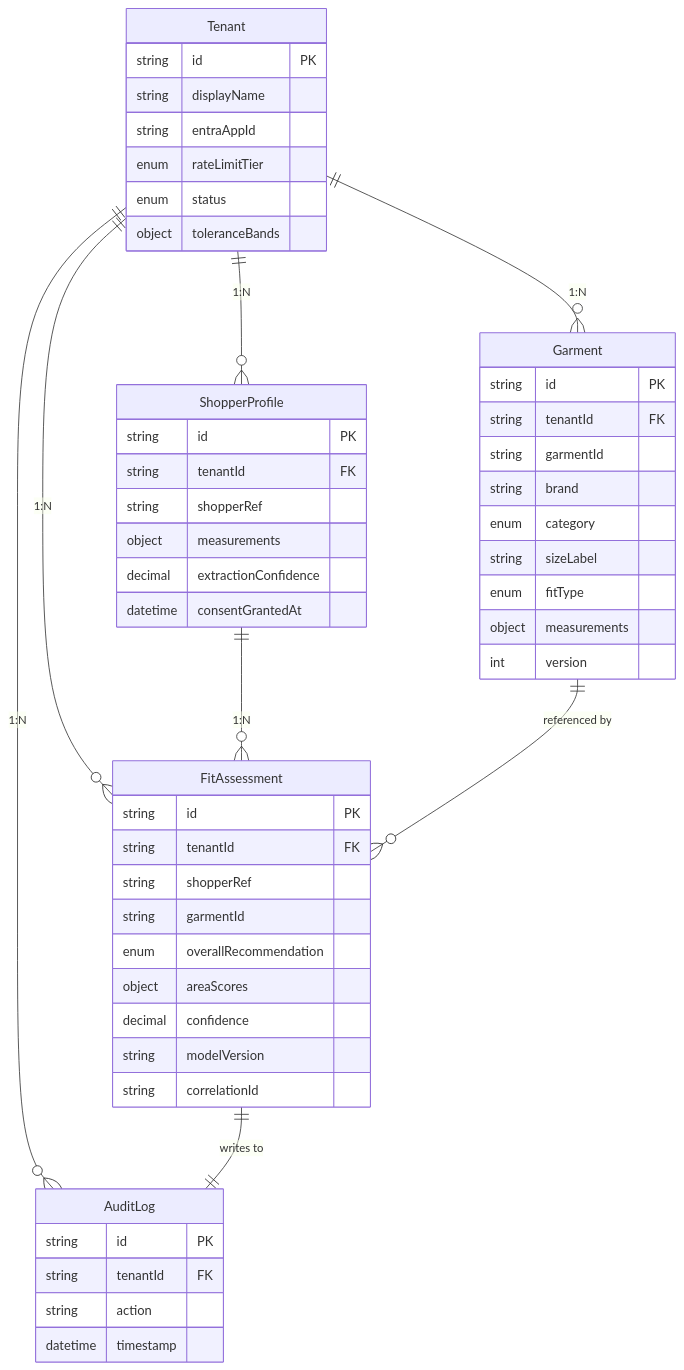
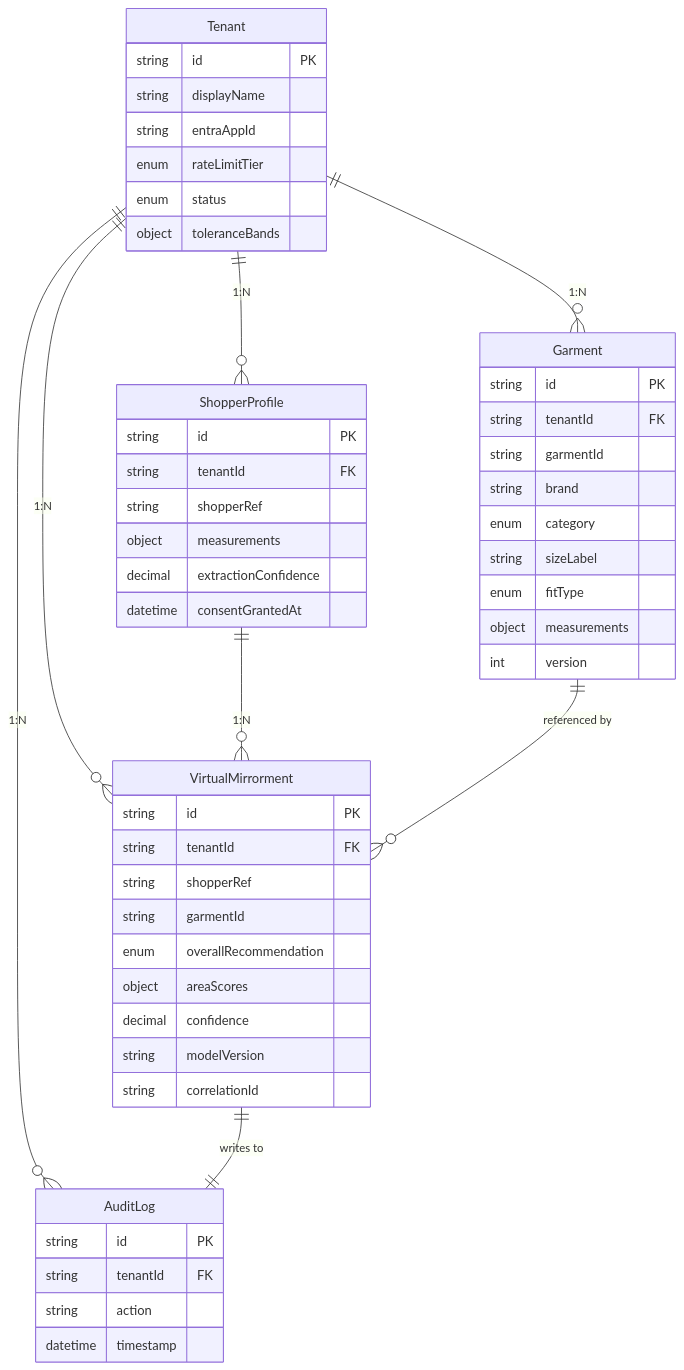
The fifth of 12 diagrams in docs/architecture/diagrams-mermaid.md (akhayash/RetailTeam-workshop), drawn with Mermaid before and after one commit. The commit also changed other lines of this file and 14 other files, not shown here.

First line of the commit message:
docs: rename FitAssess to VirtualMirror across all project docs

````diff
--- a/docs/architecture/diagrams-mermaid.md
+++ b/docs/architecture/diagrams-mermaid.md
@@ -187,59 +187,59 @@
 ```mermaid
 erDiagram
     Tenant ||--o{ Garment : "1:N"
     Tenant ||--o{ ShopperProfile : "1:N"
-    Tenant ||--o{ FitAssessment : "1:N"
+    Tenant ||--o{ VirtualMirrorment : "1:N"
     Tenant ||--o{ AuditLog : "1:N"
-    ShopperProfile ||--o{ FitAssessment : "1:N"
-    Garment ||--o{ FitAssessment : "referenced by"
-    FitAssessment ||--|| AuditLog : "writes to"
+    ShopperProfile ||--o{ VirtualMirrorment : "1:N"
+    Garment ||--o{ VirtualMirrorment : "referenced by"
+    VirtualMirrorment ||--|| AuditLog : "writes to"
 
     Tenant {
         string id PK
         string displayName
         string entraAppId
         enum rateLimitTier
         enum status
         object toleranceBands
     }
 
     Garment {
         string id PK
         string tenantId FK
         string garmentId
         string brand
         enum category
         string sizeLabel
         enum fitType
         object measurements
         int version
     }
 
     ShopperProfile {
         string id PK
         string tenantId FK
         string shopperRef
         object measurements
         decimal extractionConfidence
         datetime consentGrantedAt
     }
 
-    FitAssessment {
+    VirtualMirrorment {
         string id PK
         string tenantId FK
         string shopperRef
         string garmentId
         enum overallRecommendation
         object areaScores
         decimal confidence
         string modelVersion
         string correlationId
     }
 
     AuditLog {
         string id PK
         string tenantId FK
         string action
         datetime timestamp
     }
 ```
````
